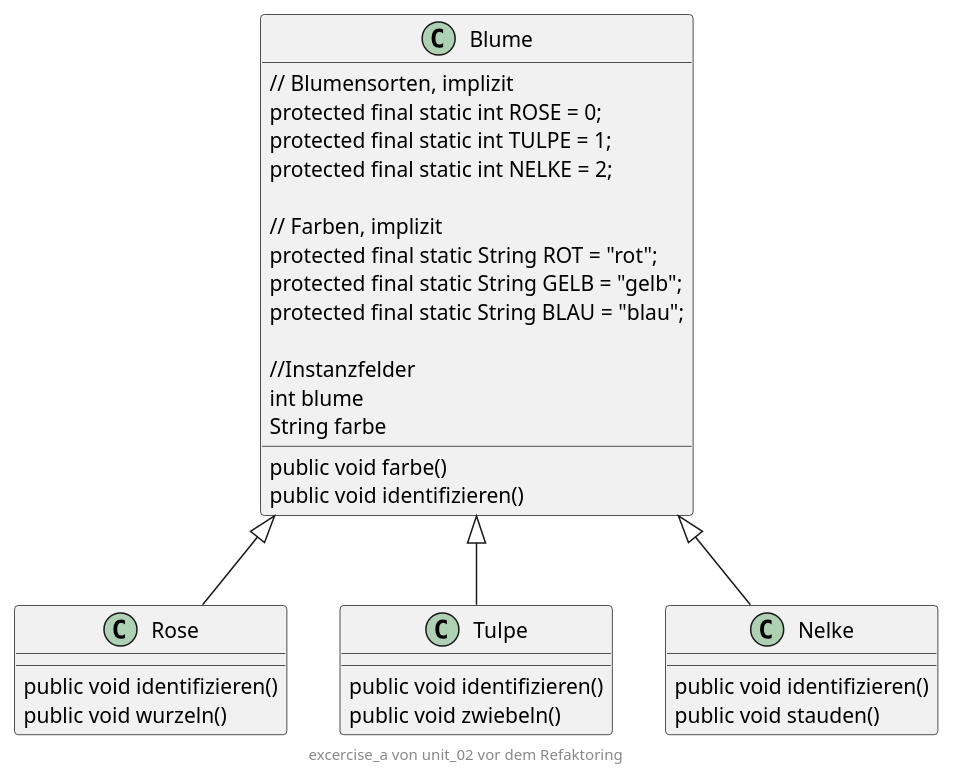
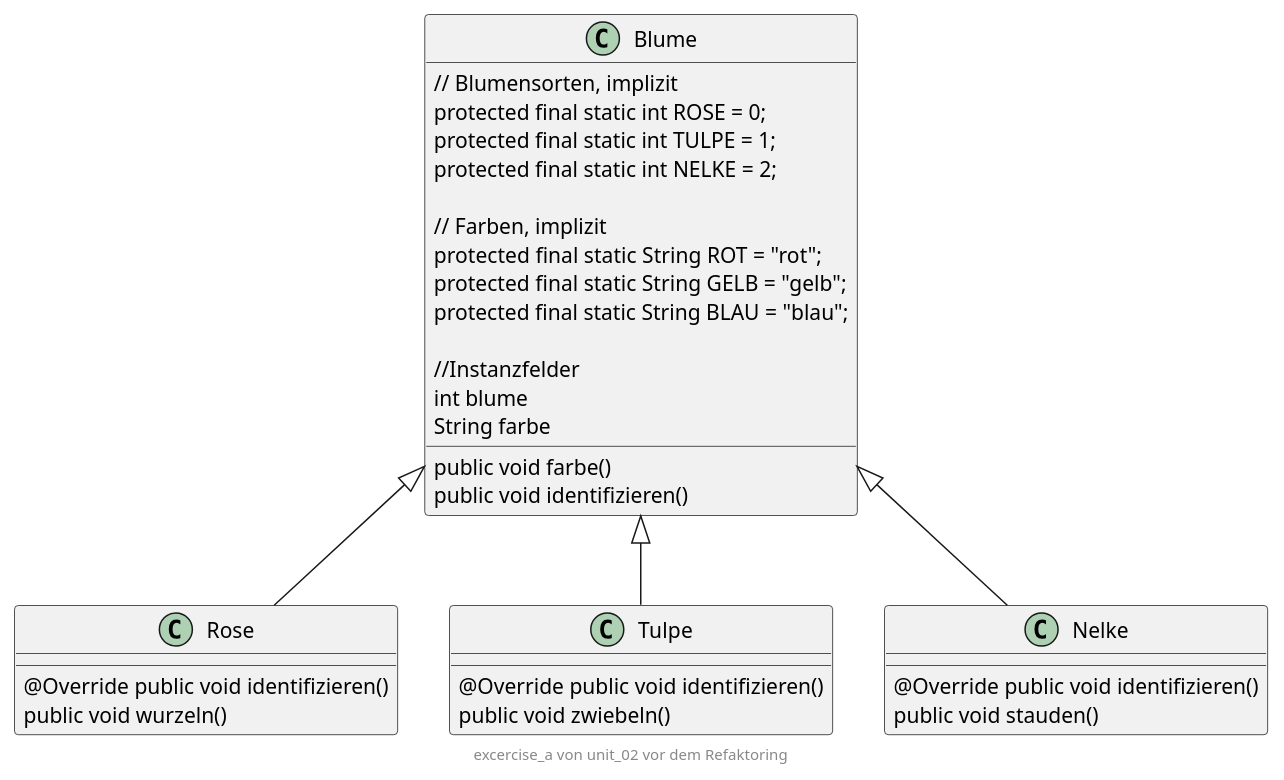
Before and after one commit to msg-azubi/java-tutorial: the diagram in units/src/unit_02/excercise_a/assets/classes-before-refactoring.puml, drawn with PlantUML.

Commit message:
add @Override to method identifizieren

```diff
--- a/units/src/unit_02/excercise_a/assets/classes-before-refactoring.puml
+++ b/units/src/unit_02/excercise_a/assets/classes-before-refactoring.puml
@@ -1,46 +1,46 @@
 @startuml
 
 abstract class Blume
 
 
 Blume <|-- Rose
 Blume <|-- Tulpe
 Blume <|-- Nelke
 
 class Blume {
 // Blumensorten, implizit
 protected final static int ROSE = 0;
 protected final static int TULPE = 1;
 protected final static int NELKE = 2;
 
 // Farben, implizit
 protected final static String ROT = "rot";
 protected final static String GELB = "gelb";
 protected final static String BLAU = "blau";
 
 //Instanzfelder
 int blume
 String farbe
 public void farbe()
 public void identifizieren()
 }
 
 
 
 class Rose {
-public void identifizieren()
+@Override public void identifizieren()
 public void wurzeln()
 }
 
 class Tulpe {
-public void identifizieren()
+@Override public void identifizieren()
 public void zwiebeln()
 }
 
 class Nelke {
-public void identifizieren()
+@Override public void identifizieren()
 public void stauden()
 }
 
 center footer excercise_a von unit_02 vor dem Refaktoring
 @enduml
```
